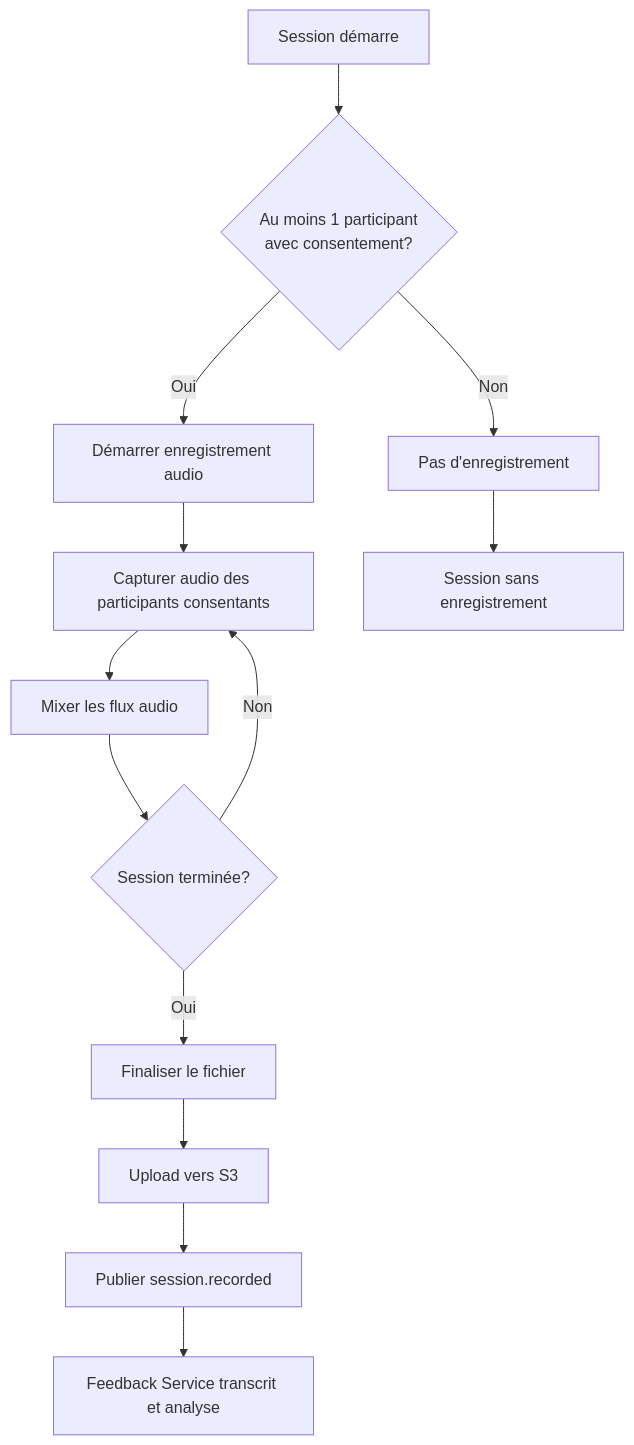
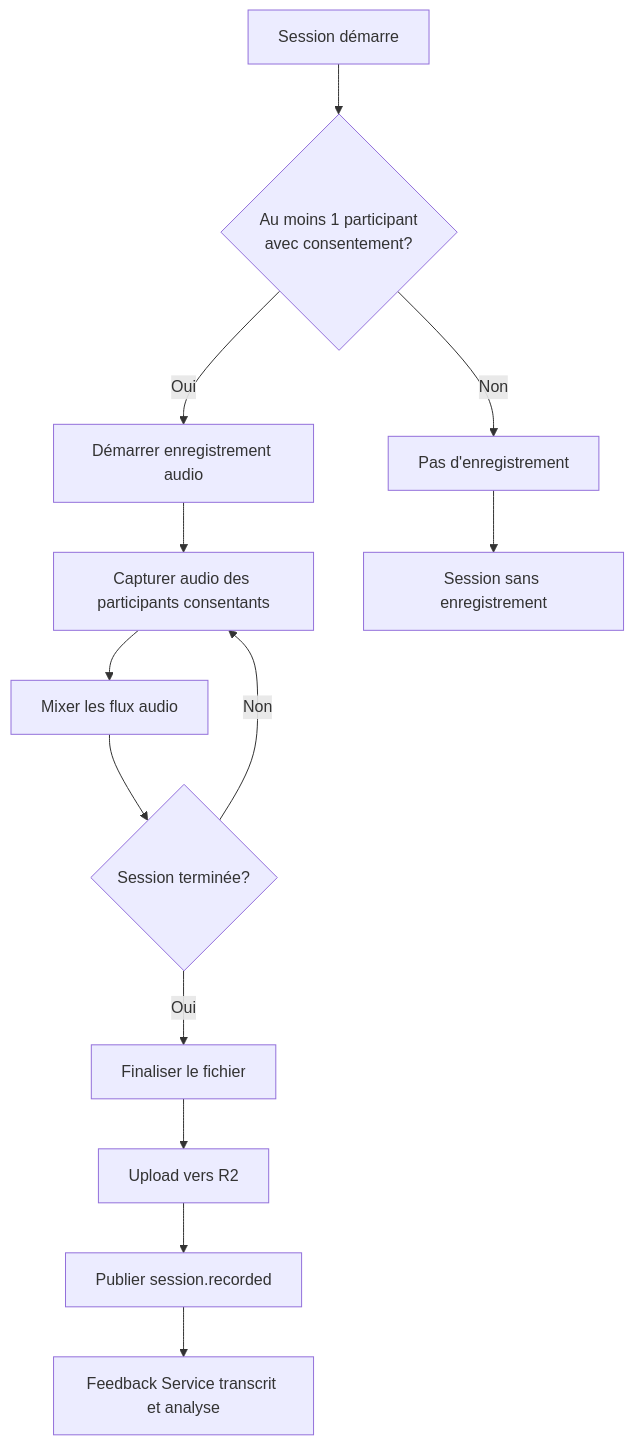
The sixth of 6 diagrams in 03-conversation-service/DIAGRAMS.md (we-speak-org/wespeak-specifications), drawn with Mermaid before and after one commit. The commit also changed other lines of this file and 7 other files, not shown here.

````diff
--- a/03-conversation-service/DIAGRAMS.md
+++ b/03-conversation-service/DIAGRAMS.md
@@ -243,19 +243,19 @@
 ```mermaid
 flowchart TD
     START[Session démarre] --> CHECK{Au moins 1 participant<br/>avec consentement?}
     CHECK -->|Non| NOREC[Pas d'enregistrement]
     CHECK -->|Oui| REC[Démarrer enregistrement audio]
     
     REC --> CAPTURE[Capturer audio des participants consentants]
     CAPTURE --> MIX[Mixer les flux audio]
     
     MIX --> END{Session terminée?}
     END -->|Non| CAPTURE
     END -->|Oui| FINALIZE[Finaliser le fichier]
     
-    FINALIZE --> UPLOAD[Upload vers S3]
+    FINALIZE --> UPLOAD[Upload vers R2]
     UPLOAD --> EVENT[Publier session.recorded]
     EVENT --> FEEDBACK[Feedback Service transcrit et analyse]
     
     NOREC --> DONE[Session sans enregistrement]
 ```
````
